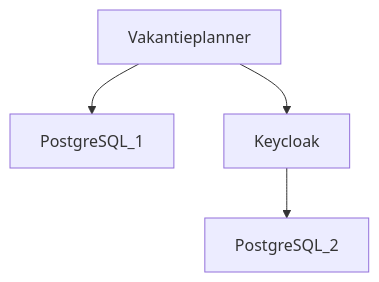
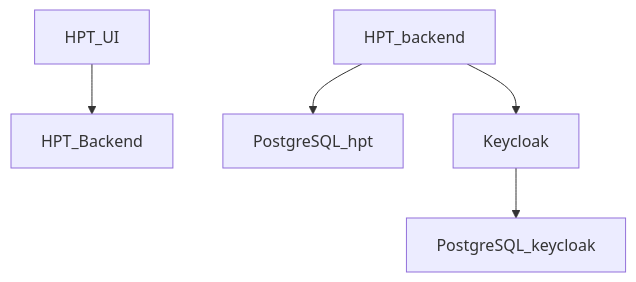
Before and after one commit to bastoker/testcontainers-workshop: the diagram in README.md, drawn with Mermaid. The commit also changed other lines of this file, not shown here.

````diff
--- a/README.md
+++ b/README.md
@@ -12,6 +21,7 @@
 ```mermaid
 graph TD;
-    Vakantieplanner-->PostgreSQL_1;
-    Vakantieplanner-->Keycloak;
-    Keycloak-->PostgreSQL_2;
+    HPT_UI-->HPT_Backend
+    HPT_backend-->PostgreSQL_hpt;
+    HPT_backend-->Keycloak;
+    Keycloak-->PostgreSQL_keycloak;
 ```
````
